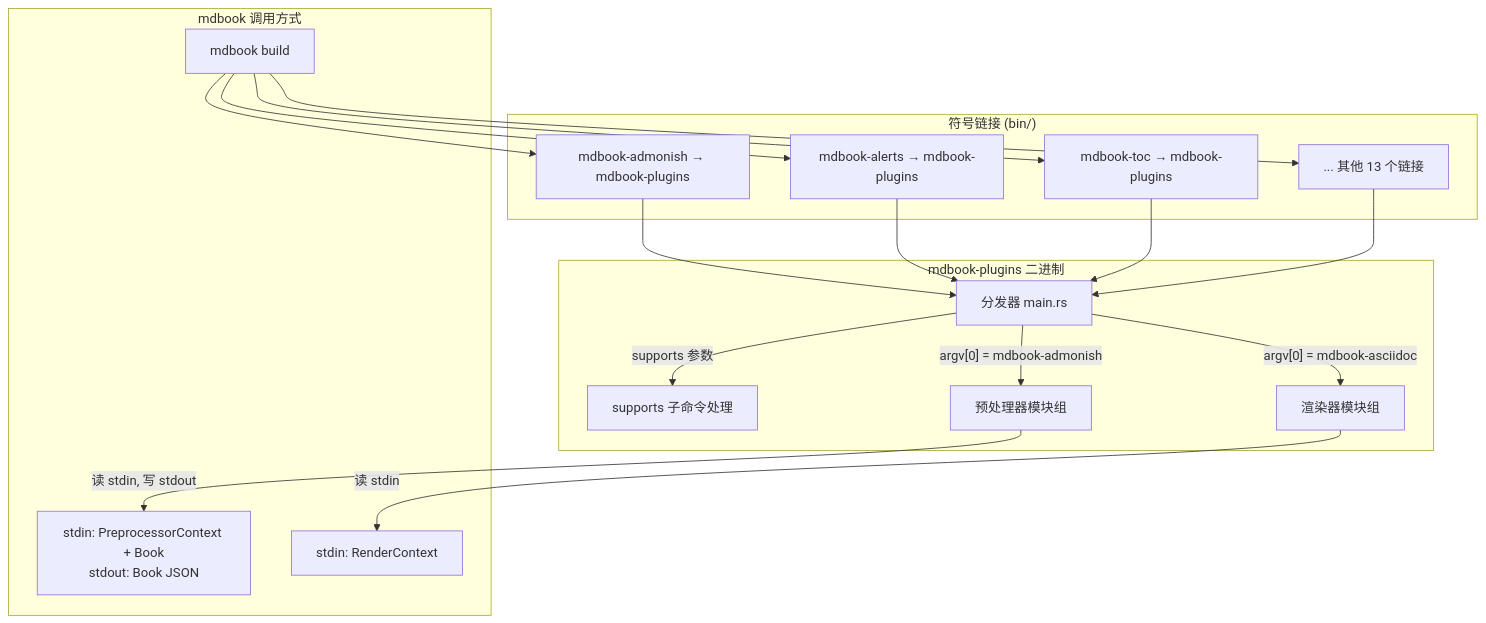
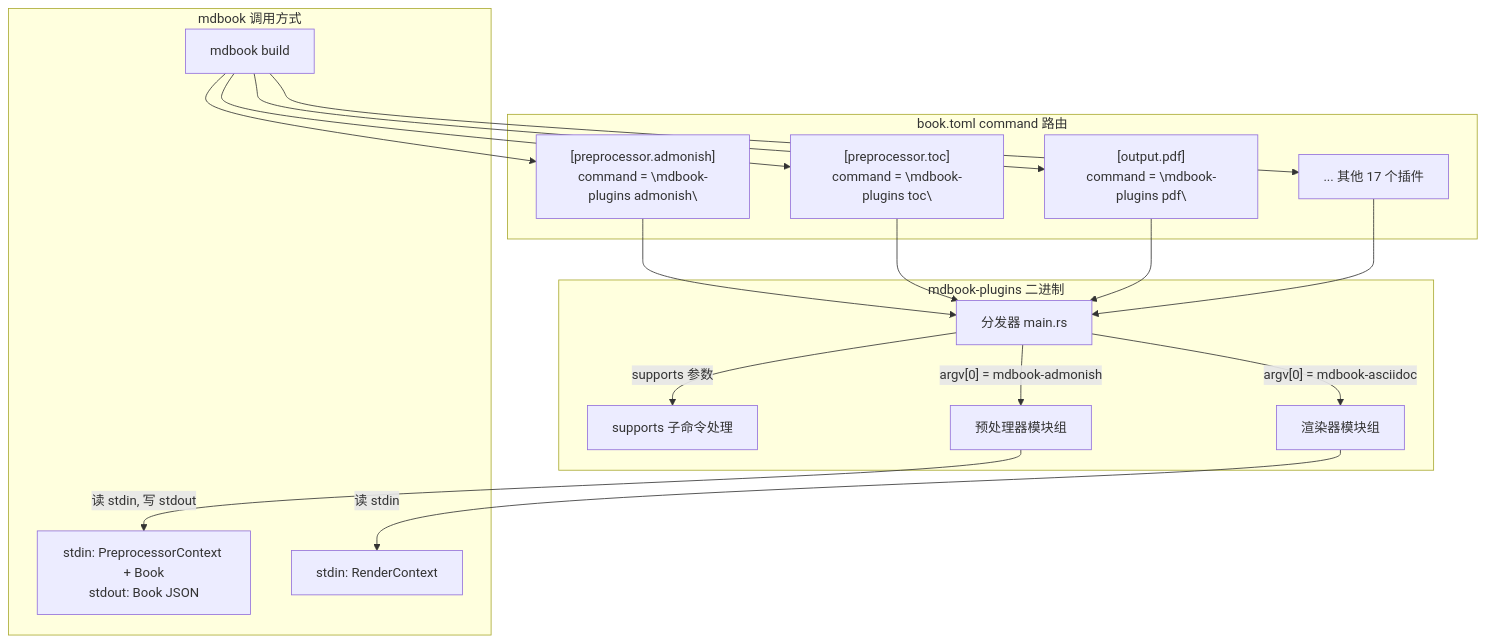
The first of 3 diagrams in docs/src/architecture.md (kuanghl/mdbook-plugins), drawn with Mermaid before and after one commit. The commit also changed other lines of this file and 16 other files, not shown here.

````diff
--- a/docs/src/architecture.md
+++ b/docs/src/architecture.md
@@ -8,39 +8,39 @@
 ```mermaid
 graph TB
     subgraph "mdbook-plugins 二进制"
         DISPATCH["分发器 main.rs"]
         SUB["supports 子命令处理"]
         PREPROC["预处理器模块组"]
         RENDER["渲染器模块组"]
     end
 
-    subgraph "符号链接 (bin/)"
-        LN_ADMON["mdbook-admonish → mdbook-plugins"]
-        LN_ALERT["mdbook-alerts → mdbook-plugins"]
-        LN_TOC["mdbook-toc → mdbook-plugins"]
-        LN_OTHER["... 其他 13 个链接"]
+    subgraph "book.toml command 路由"
+        CMD_ADMON["[preprocessor.admonish]\ncommand = \"mdbook-plugins admonish\""]
+        CMD_TOC["[preprocessor.toc]\ncommand = \"mdbook-plugins toc\""]
+        CMD_PDF["[output.pdf]\ncommand = \"mdbook-plugins pdf\""]
+        CMD_OTHER["... 其他 17 个插件"]
     end
 
     subgraph "mdbook 调用方式"
         MDBOOK["mdbook build"]
         PRE_PROTO["stdin: PreprocessorContext + Book<br/>stdout: Book JSON"]
         REN_PROTO["stdin: RenderContext"]
     end
 
-    MDBOOK --> LN_ADMON
-    MDBOOK --> LN_ALERT
-    MDBOOK --> LN_TOC
-    MDBOOK --> LN_OTHER
+    MDBOOK --> CMD_ADMON
+    MDBOOK --> CMD_TOC
+    MDBOOK --> CMD_PDF
+    MDBOOK --> CMD_OTHER
 
-    LN_ADMON --> DISPATCH
-    LN_ALERT --> DISPATCH
-    LN_TOC --> DISPATCH
-    LN_OTHER --> DISPATCH
+    CMD_ADMON --> DISPATCH
+    CMD_TOC --> DISPATCH
+    CMD_PDF --> DISPATCH
+    CMD_OTHER --> DISPATCH
 
     DISPATCH -->|"supports 参数"| SUB
     DISPATCH -->|"argv[0] = mdbook-admonish"| PREPROC
     DISPATCH -->|"argv[0] = mdbook-asciidoc"| RENDER
 
     PREPROC -->|读 stdin, 写 stdout| PRE_PROTO
     RENDER -->|读 stdin| REN_PROTO
 ```
````
